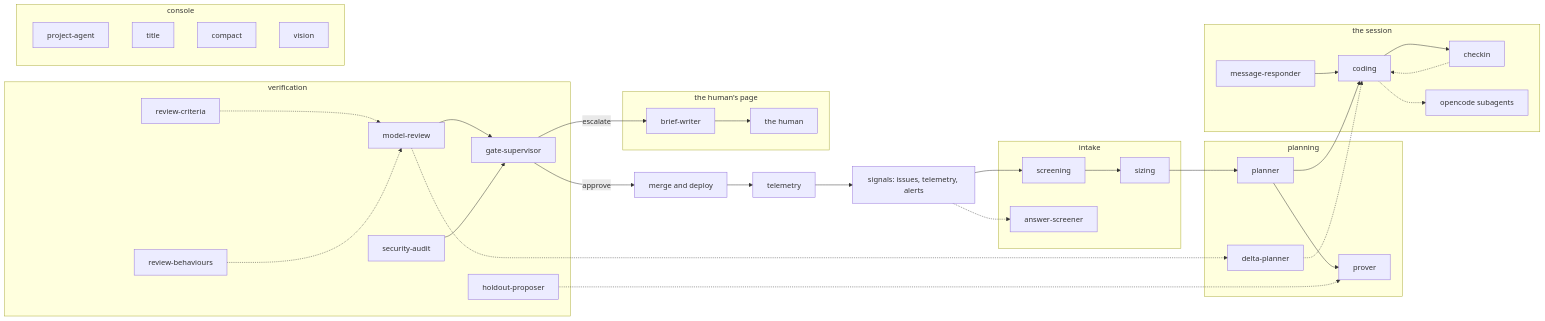
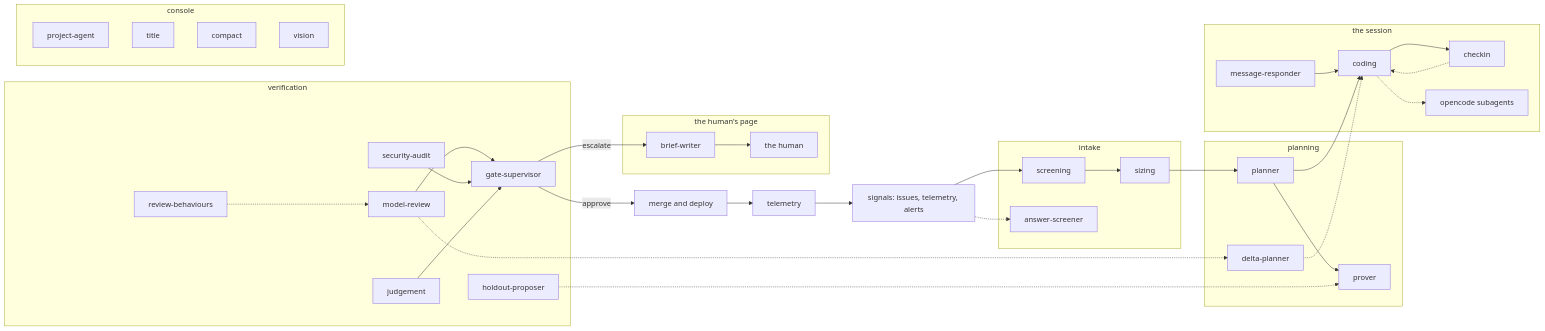
One commit to sebastianrueckerai/ai-software-factory-code changed the diagram in cmd/agentdoc/master.mmd. Above: the diagram before and after it, drawn with Mermaid. The commit also changed 20 other files, not shown here.

First line of the commit message:
judgement: one model call over the artifact a blind test wrote, and the review stops judging criteria

```diff
--- a/cmd/agentdoc/master.mmd
+++ b/cmd/agentdoc/master.mmd
@@ -1,56 +1,56 @@
 graph LR
   signals["signals: issues, telemetry, alerts"]
   subgraph intake["intake"]
     screening["screening"]
     sizing["sizing"]
     answer-screener["answer-screener"]
   end
   subgraph planning["planning"]
     planner["planner"]
     prover["prover"]
     delta-planner["delta-planner"]
   end
   subgraph the-session["the session"]
     coding["coding"]
     message-responder["message-responder"]
     checkin["checkin"]
     opencode-subagents["opencode subagents"]
   end
   subgraph verification["verification"]
-    review-criteria["review-criteria"]
+    judgement["judgement"]
     review-behaviours["review-behaviours"]
     model-review["model-review"]
     security-audit["security-audit"]
     holdout-proposer["holdout-proposer"]
     gate-supervisor["gate-supervisor"]
   end
   subgraph the-human["the human's page"]
     brief-writer["brief-writer"]
     human["the human"]
   end
   subgraph console["console"]
     project-agent["project-agent"]
     title["title"]
     compact["compact"]
     vision["vision"]
   end
   deploy["merge and deploy"]
   telemetry["telemetry"]
 
   signals --> screening --> sizing --> planner --> coding
   signals -.-> answer-screener
   planner --> prover
   holdout-proposer -.-> prover
   coding -.-> opencode-subagents
   message-responder --> coding
   coding --> checkin
   checkin -.-> coding
   model-review --> gate-supervisor
   security-audit --> gate-supervisor
-  review-criteria -.-> model-review
+  judgement --> gate-supervisor
   review-behaviours -.-> model-review
   model-review -.-> delta-planner
   delta-planner -.-> coding
   gate-supervisor -->|approve| deploy
   gate-supervisor -->|escalate| brief-writer --> human
   deploy --> telemetry --> signals
```
